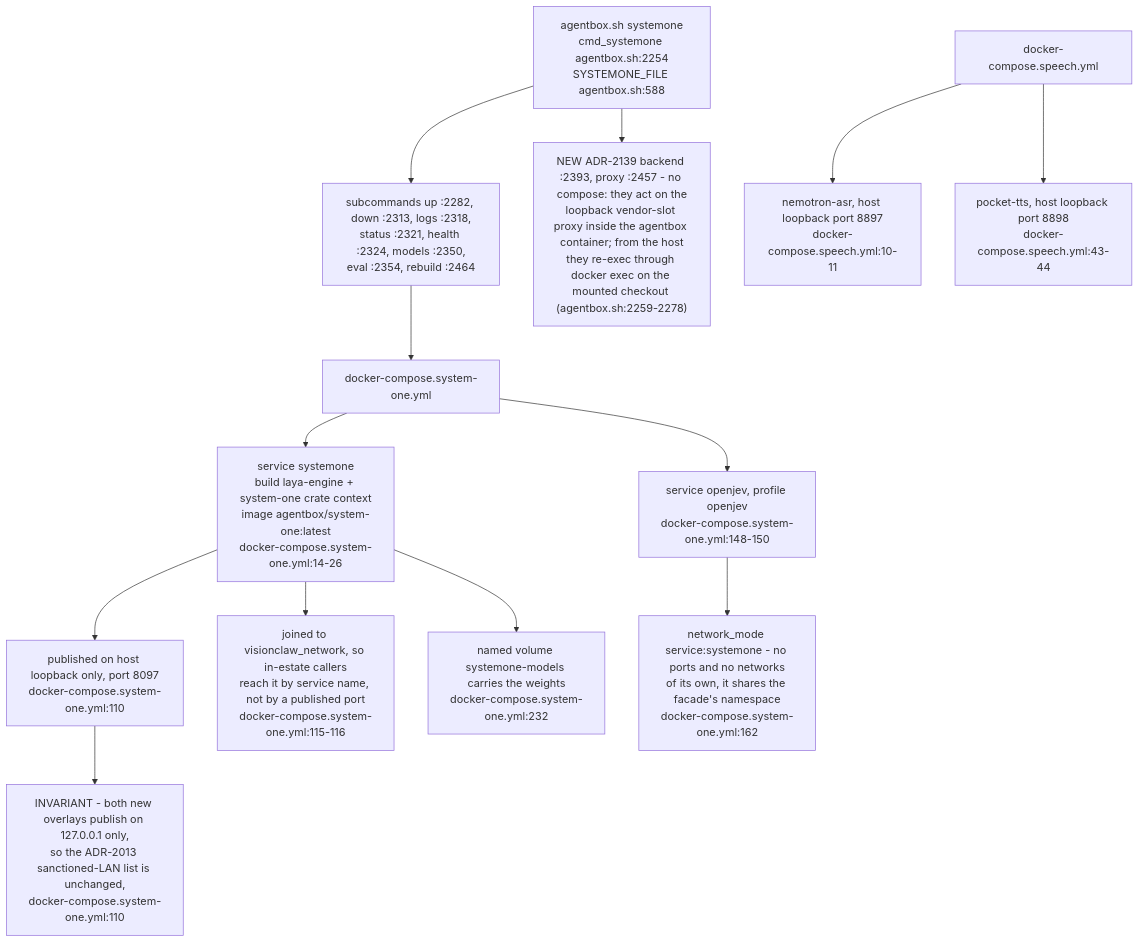
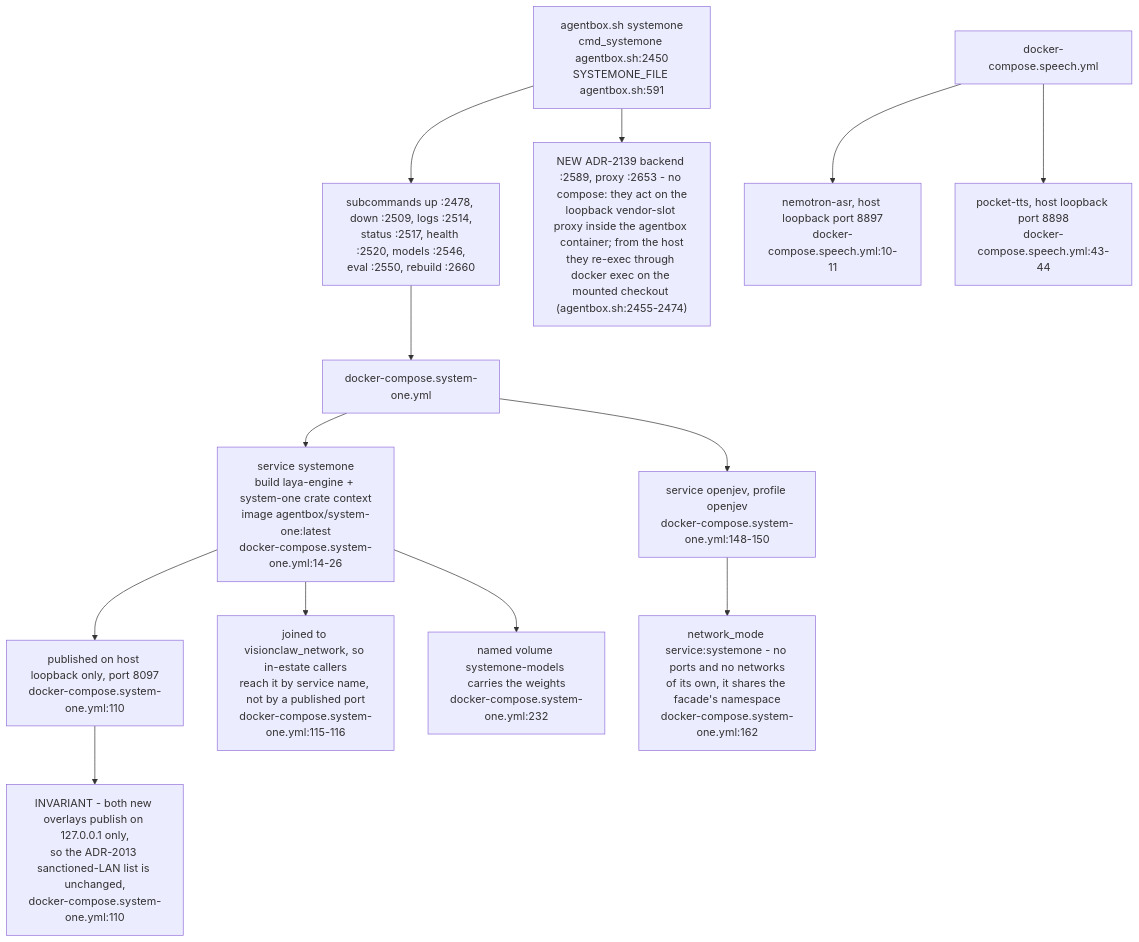
Before and after one commit to DreamLab-AI/VisionFlow: the tenth of 14 diagrams in docs/diagrams/agentbox/06-sidecars-and-compose-overlays.md, drawn with Mermaid. The commit also changed other lines of this file and 160 other files, not shown here.

````diff
--- a/docs/diagrams/agentbox/06-sidecars-and-compose-overlays.md
+++ b/docs/diagrams/agentbox/06-sidecars-and-compose-overlays.md
@@ -294,19 +303,19 @@
 ```mermaid
 flowchart TB
-    CLI["agentbox.sh systemone<br/>cmd_systemone agentbox.sh:2254<br/>SYSTEMONE_FILE agentbox.sh:588"] --> SUB["subcommands up :2282, down :2313, logs :2318,<br/>status :2321, health :2324, models :2350,<br/>eval :2354, rebuild :2464"]
-    CLI --> VEND["NEW ADR-2139 backend :2393, proxy :2457 - no compose: they act on the<br/>loopback vendor-slot proxy inside the agentbox container; from the host<br/>they re-exec through docker exec on the mounted checkout (agentbox.sh:2259-2278)"]
+    CLI["agentbox.sh systemone<br/>cmd_systemone agentbox.sh:2450<br/>SYSTEMONE_FILE agentbox.sh:591"] --> SUB["subcommands up :2478, down :2509, logs :2514,<br/>status :2517, health :2520, models :2546,<br/>eval :2550, rebuild :2660"]
+    CLI --> VEND["NEW ADR-2139 backend :2589, proxy :2653 - no compose: they act on the<br/>loopback vendor-slot proxy inside the agentbox container; from the host<br/>they re-exec through docker exec on the mounted checkout (agentbox.sh:2455-2474)"]
     SUB --> COMPOSE["docker-compose.system-one.yml"]
 
     COMPOSE --> FACADE["service systemone<br/>build laya-engine + system-one crate context<br/>image agentbox/system-one:latest<br/>docker-compose.system-one.yml:14-26"]
     FACADE --> PUB["published on host loopback only, port 8097<br/>docker-compose.system-one.yml:110"]
     FACADE --> NET["joined to visionclaw_network, so in-estate callers<br/>reach it by service name, not by a published port<br/>docker-compose.system-one.yml:115-116"]
     FACADE --> VOL["named volume systemone-models carries the weights<br/>docker-compose.system-one.yml:232"]
 
     COMPOSE --> ENGINE["service openjev, profile openjev<br/>docker-compose.system-one.yml:148-150"]
     ENGINE --> NM["network_mode service:systemone - no ports and no networks<br/>of its own, it shares the facade's namespace<br/>docker-compose.system-one.yml:162"]
 
     SPEECH["docker-compose.speech.yml"] --> ASR["nemotron-asr, host loopback port 8897<br/>docker-compose.speech.yml:10-11"]
     SPEECH --> TTS["pocket-tts, host loopback port 8898<br/>docker-compose.speech.yml:43-44"]
 
     PUB --> INV["INVARIANT - both new overlays publish on 127.0.0.1 only,<br/>so the ADR-2013 sanctioned-LAN list is unchanged,<br/>docker-compose.system-one.yml:110"]
 ```
````
